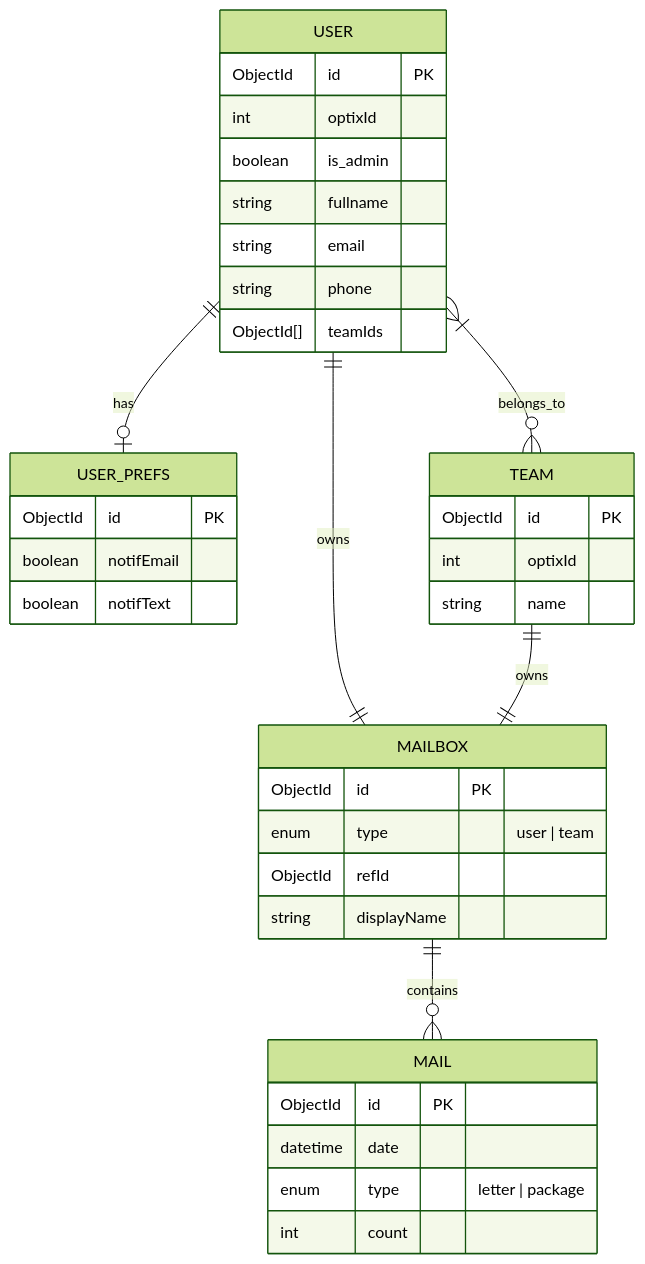
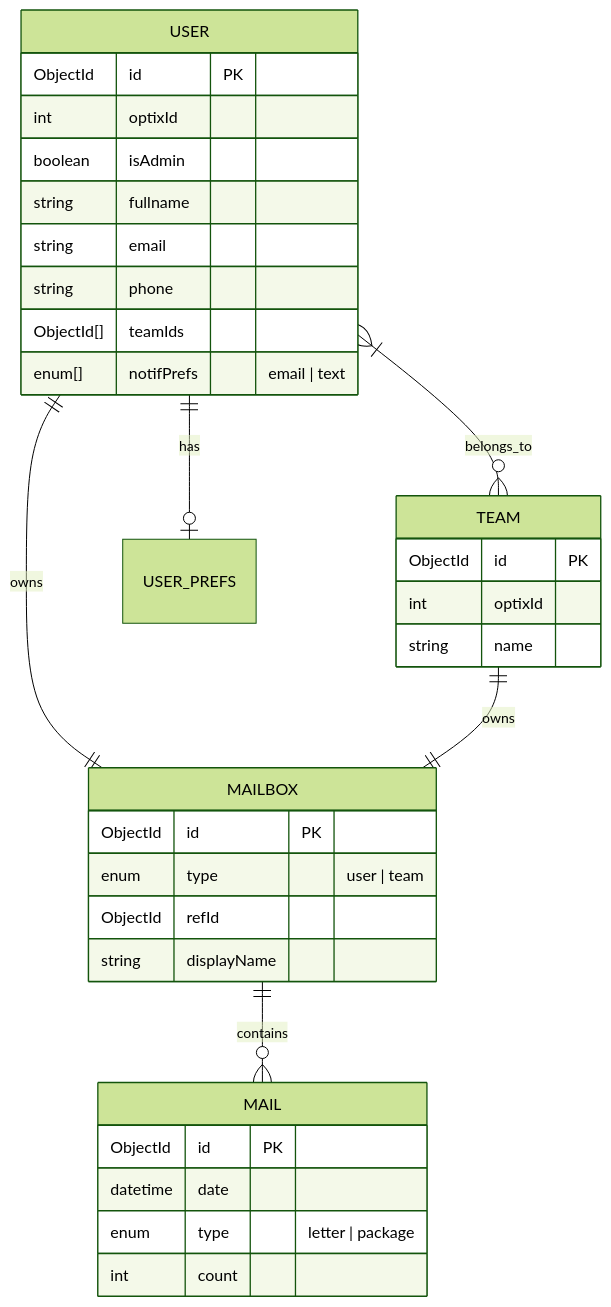
One commit to CMU-413/avenu changed the diagram in docs/architecture/data/data_model.mmd. Above: the diagram before and after it, drawn with Mermaid (forest theme).

Commit message:
refactor: better way to store notif prefs
new design is much more extensible and likely more efficient for queries

```diff
--- a/docs/architecture/data/data_model.mmd
+++ b/docs/architecture/data/data_model.mmd
@@ -1,46 +1,41 @@
 erDiagram
 
     USER {
         ObjectId id PK
         int optixId
-        boolean is_admin
+        boolean isAdmin
         string fullname
         string email
         string phone
         ObjectId[] teamIds
-    }
-
-    USER_PREFS {
-        ObjectId id PK
-        boolean notifEmail
-        boolean notifText
+        enum[] notifPrefs "email | text"
     }
 
     TEAM {
         ObjectId id PK
         int optixId
         string name
     }
 
     MAILBOX {
         ObjectId id PK
         enum type "user | team"
         ObjectId refId
         string displayName
     }
 
     MAIL {
         ObjectId id PK
         datetime date
         enum type "letter | package"
         int count
     }
 
     %% Relationships
     USER ||--o| USER_PREFS : has
     USER }|--o{ TEAM : belongs_to
 
     USER ||--|| MAILBOX : owns
     TEAM ||--|| MAILBOX : owns
 
     MAILBOX ||--o{ MAIL : contains
```
